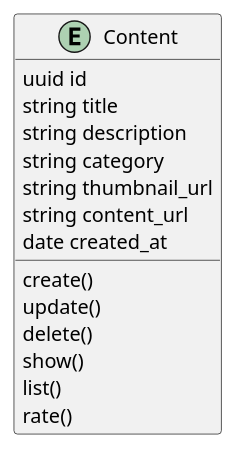
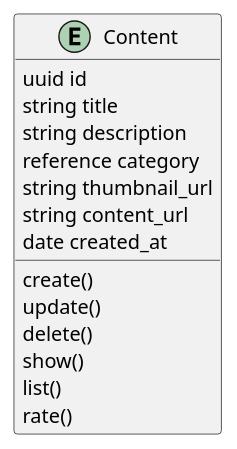
One commit to isaporto/Basic-API changed the diagram in uml/class-diagram.plantuml. Above: the diagram before and after it, drawn with PlantUML. The commit also changed 2 other files, not shown here.

Commit message:
Feat: Set the Content class properties and create its constructor test

```diff
--- a/uml/class-diagram.plantuml
+++ b/uml/class-diagram.plantuml
@@ -1,20 +1,20 @@
 @startuml
 
 entity Content
 
 Content : uuid id
 Content : string title
 Content : string description
-Content : string category
+Content : reference category
 Content : string thumbnail_url
 Content : string content_url
 Content : date created_at
 
 Content : create()
 Content : update()
 Content : delete()
 Content : show()
 Content : list()
 Content : rate()
 
 @enduml
```
